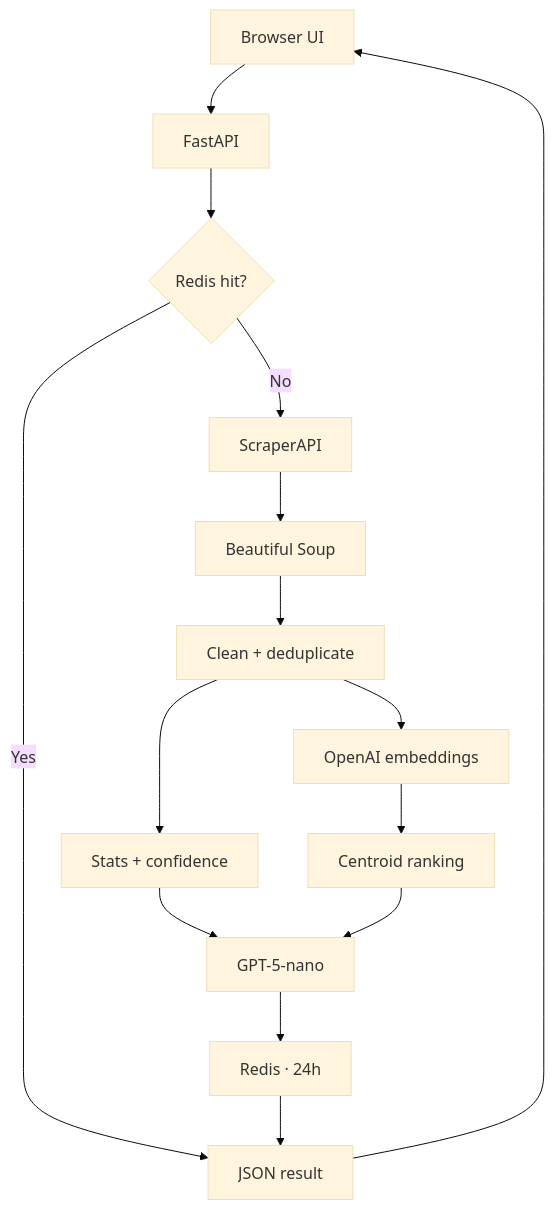
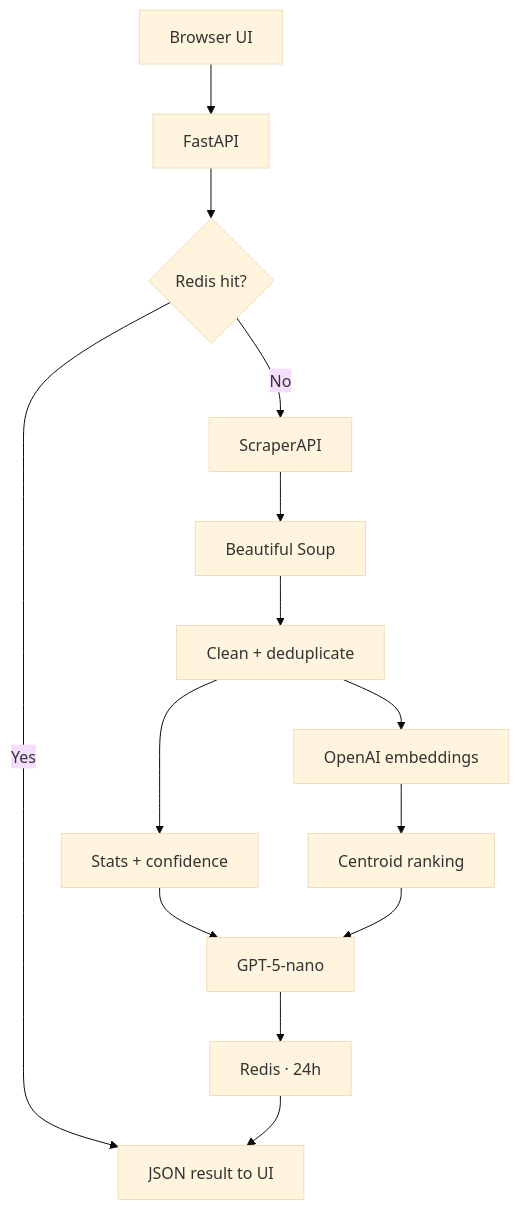
The diagram in README.md (LironTal01/Product-Review-Analysis-System), drawn with Mermaid (base theme) before and after one commit.

Commit message:
docs: keep architecture diagram compact

````diff
--- a/README.md
+++ b/README.md
@@ -63,17 +63,16 @@
 ```mermaid
 flowchart TD
     UI["Browser UI"] --> API["FastAPI"]
     API --> CACHE{"Redis hit?"}
-    CACHE -->|Yes| RESULT["JSON result"]
+    CACHE -->|Yes| RESULT["JSON result to UI"]
     CACHE -->|No| FETCH["ScraperAPI"]
     FETCH --> PARSE["Beautiful Soup"]
     PARSE --> CLEAN["Clean + deduplicate"]
     CLEAN --> STATS["Stats + confidence"]
     CLEAN --> EMBED["OpenAI embeddings"]
     EMBED --> RANK["Centroid ranking"]
     STATS --> LLM["GPT-5-nano"]
     RANK --> LLM
     LLM --> STORE["Redis · 24h"]
     STORE --> RESULT
-    RESULT --> UI
 ```
````
